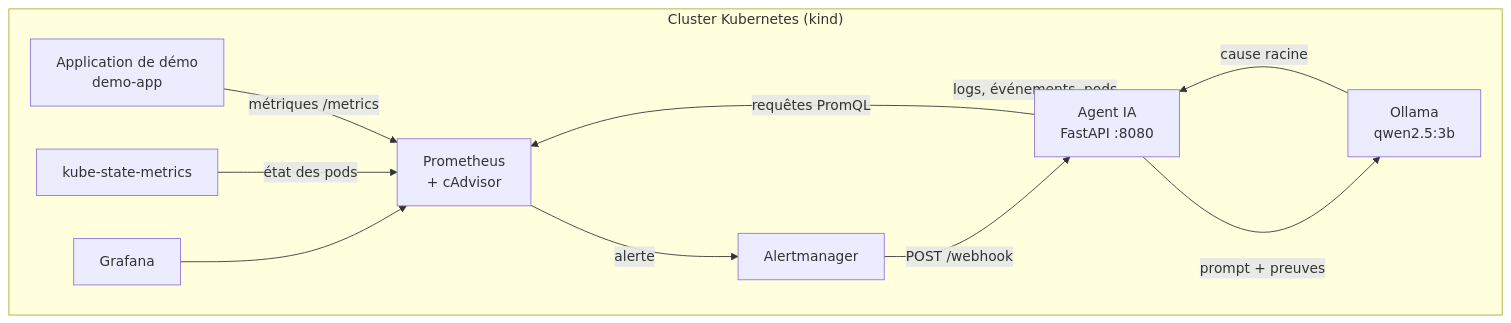
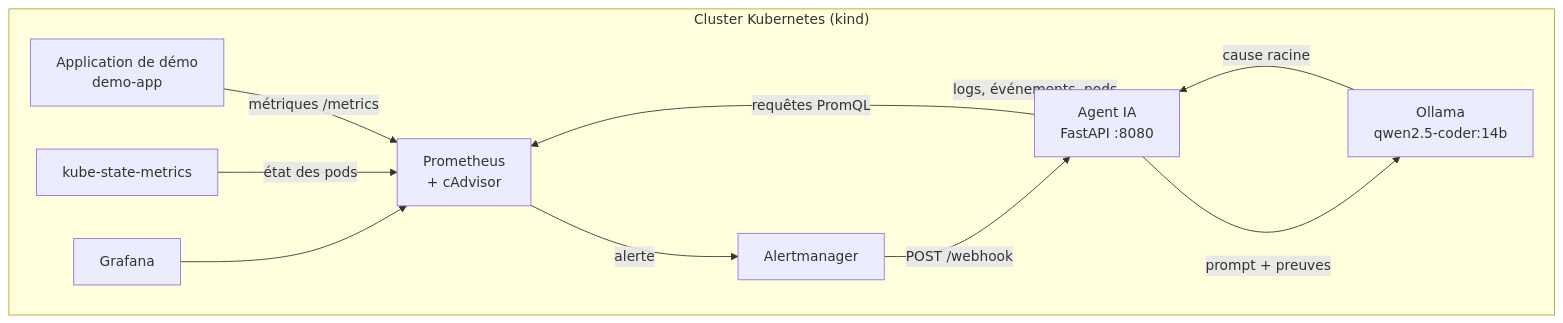
Before and after one commit to Abi0066/k8s-aiops-agent: the first of 2 diagrams in README.md, drawn with Mermaid. The commit also changed other lines of this file and 1 other file, not shown here.

First line of the commit message:
docs: aligner le modèle documenté sur qwen2.5-coder:14b, section Tests

````diff
--- a/README.md
+++ b/README.md
@@ -22,22 +22,22 @@
 ```mermaid
 flowchart LR
     subgraph K8s["Cluster Kubernetes (kind)"]
         App["Application de démo<br/>demo-app"]
         Prom["Prometheus<br/>+ cAdvisor"]
         KSM["kube-state-metrics"]
         Grafana["Grafana"]
         AM["Alertmanager"]
         Agent["Agent IA<br/>FastAPI :8080"]
-        Ollama["Ollama<br/>qwen2.5:3b"]
+        Ollama["Ollama<br/>qwen2.5-coder:14b"]
     end
 
     App -->|métriques /metrics| Prom
     KSM -->|état des pods| Prom
     Prom -->|alerte| AM
     AM -->|POST /webhook| Agent
     Agent -->|logs, événements, pods| K8s
     Agent -->|requêtes PromQL| Prom
     Agent -->|prompt + preuves| Ollama
     Ollama -->|cause racine| Agent
     Grafana --> Prom
 ```
````
